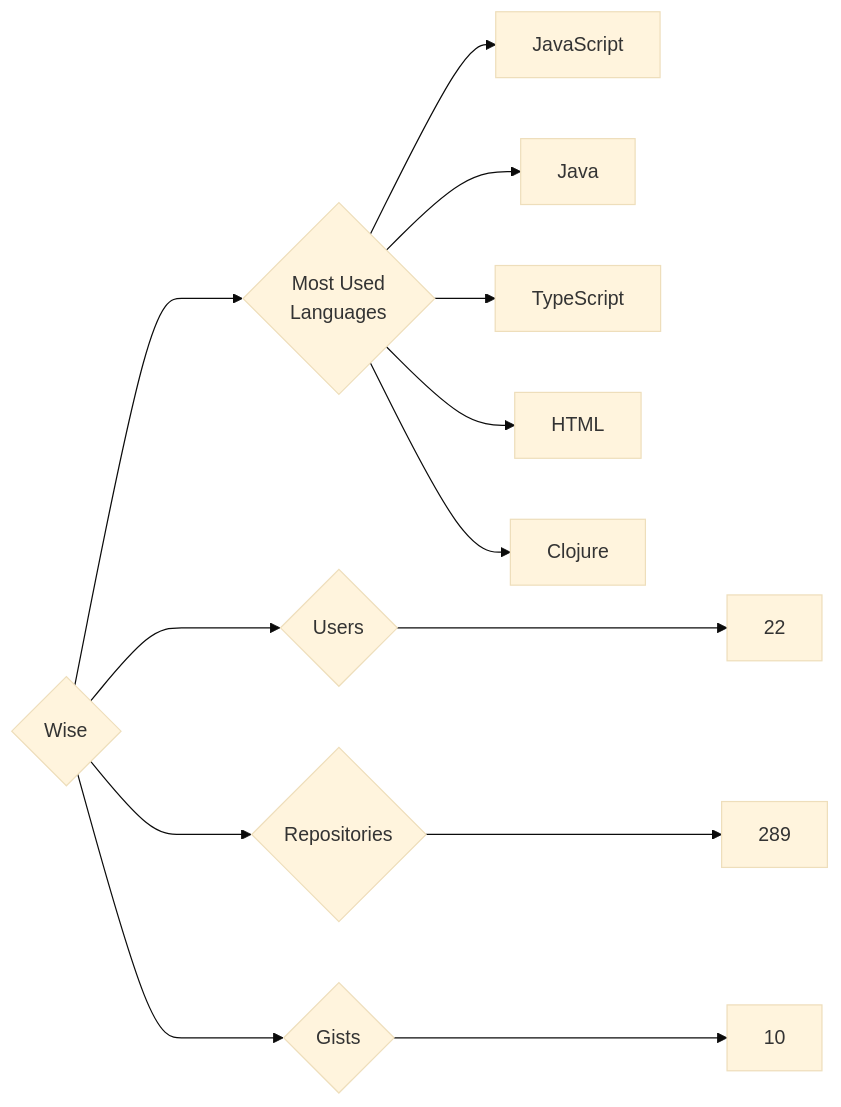
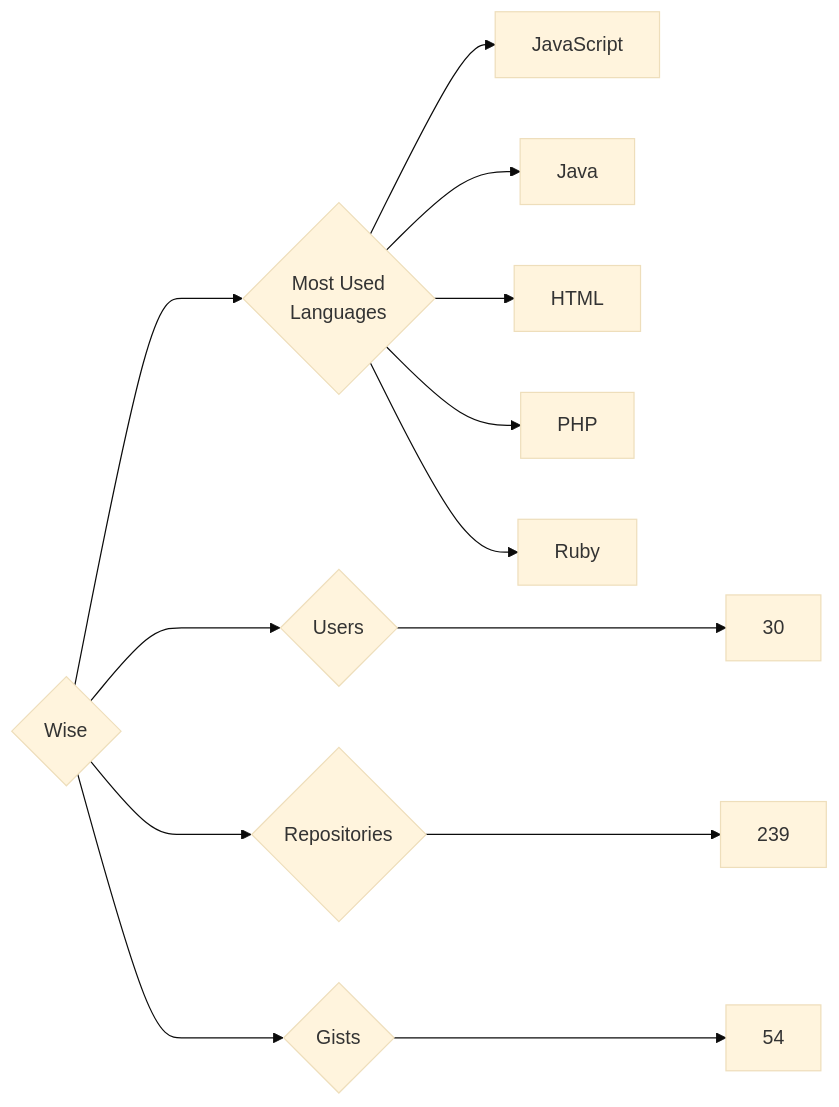
The diagram in targets/Wise/README.md (trickest/insiders), drawn with Mermaid (base theme) before and after one commit. The commit also changed 835 other files, not shown here.

````diff
--- a/targets/Wise/README.md
+++ b/targets/Wise/README.md
@@ -3,13 +3,13 @@
 ```mermaid
 graph LR
 COMPANY_NAME{Wise}
-COMPANY_NAME ---> U{Users} ---> UN[22]
-COMPANY_NAME ---> R{Repositories} ---> RN[289]
-COMPANY_NAME ---> G{Gists} ---> GN[10]
+COMPANY_NAME ---> U{Users} ---> UN[30]
+COMPANY_NAME ---> R{Repositories} ---> RN[239]
+COMPANY_NAME ---> G{Gists} ---> GN[54]
 COMPANY_NAME ---> ML{Most Used<br>Languages}
 ML --> JavaScript[JavaScript]
 ML --> Java[Java]
-ML --> TypeScript[TypeScript]
 ML --> HTML[HTML]
-ML --> Clojure[Clojure]
+ML --> PHP[PHP]
+ML --> Ruby[Ruby]
 ```
````
